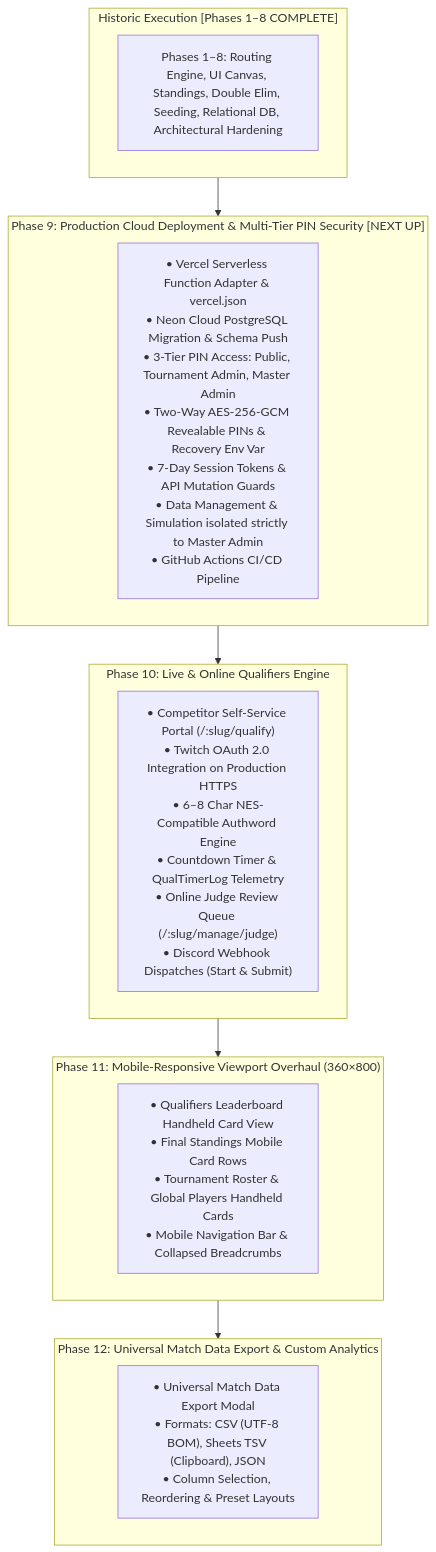
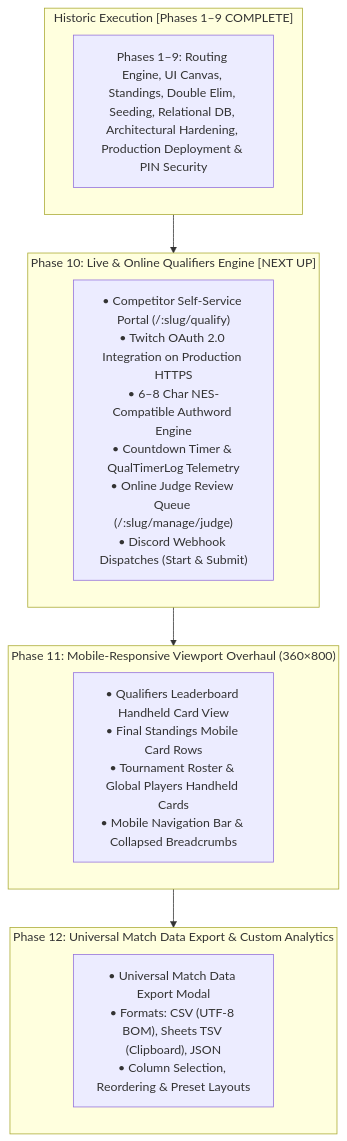
One commit to jgrondski/tournament-manager changed the diagram in docs/implementation_plan.md. Above: the diagram before and after it, drawn with Mermaid. The commit also changed other lines of this file and 32 other files, not shown here.

Commit message:
feat: implement comprehensive PIN authentication and authorization system for tournament management

````diff
--- a/docs/implementation_plan.md
+++ b/docs/implementation_plan.md
@@ -126,24 +126,20 @@
 ```mermaid
 flowchart TD
-    subgraph Historic["Historic Execution [Phases 1–8 COMPLETE]"]
-        H1["Phases 1–8: Routing Engine, UI Canvas, Standings, Double Elim, Seeding, Relational DB, Architectural Hardening"]
+    subgraph Historic["Historic Execution [Phases 1–9 COMPLETE]"]
+        H1["Phases 1–9: Routing Engine, UI Canvas, Standings, Double Elim, Seeding, Relational DB, Architectural Hardening, Production Deployment & PIN Security"]
     end
 
-    subgraph Phase9["Phase 9: Production Cloud Deployment & Multi-Tier PIN Security [NEXT UP]"]
-        P9["• Vercel Serverless Function Adapter & vercel.json<br>• Neon Cloud PostgreSQL Migration & Schema Push<br>• 3-Tier PIN Access: Public, Tournament Admin, Master Admin<br>• Two-Way AES-256-GCM Revealable PINs & Recovery Env Var<br>• 7-Day Session Tokens & API Mutation Guards<br>• Data Management & Simulation isolated strictly to Master Admin<br>• GitHub Actions CI/CD Pipeline"]
-    end
-
-    subgraph Phase10["Phase 10: Live & Online Qualifiers Engine"]
+    subgraph Phase10["Phase 10: Live & Online Qualifiers Engine [NEXT UP]"]
         P10["• Competitor Self-Service Portal (/:slug/qualify)<br>• Twitch OAuth 2.0 Integration on Production HTTPS<br>• 6–8 Char NES-Compatible Authword Engine<br>• Countdown Timer & QualTimerLog Telemetry<br>• Online Judge Review Queue (/:slug/manage/judge)<br>• Discord Webhook Dispatches (Start & Submit)"]
     end
 
     subgraph Phase11["Phase 11: Mobile-Responsive Viewport Overhaul (360×800)"]
         P11["• Qualifiers Leaderboard Handheld Card View<br>• Final Standings Mobile Card Rows<br>• Tournament Roster & Global Players Handheld Cards<br>• Mobile Navigation Bar & Collapsed Breadcrumbs"]
     end
 
     subgraph Phase12["Phase 12: Universal Match Data Export & Custom Analytics"]
         P12["• Universal Match Data Export Modal<br>• Formats: CSV (UTF-8 BOM), Sheets TSV (Clipboard), JSON<br>• Column Selection, Reordering & Preset Layouts"]
     end
 
-    Historic --> Phase9 --> Phase10 --> Phase11 --> Phase12
+    Historic --> Phase10 --> Phase11 --> Phase12
 ```
````
